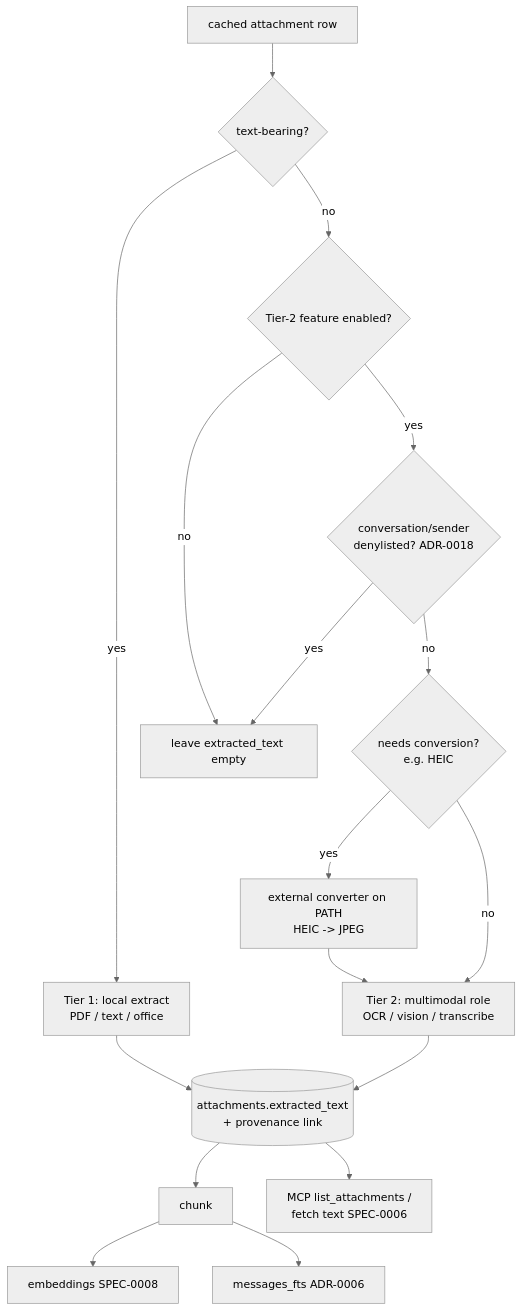
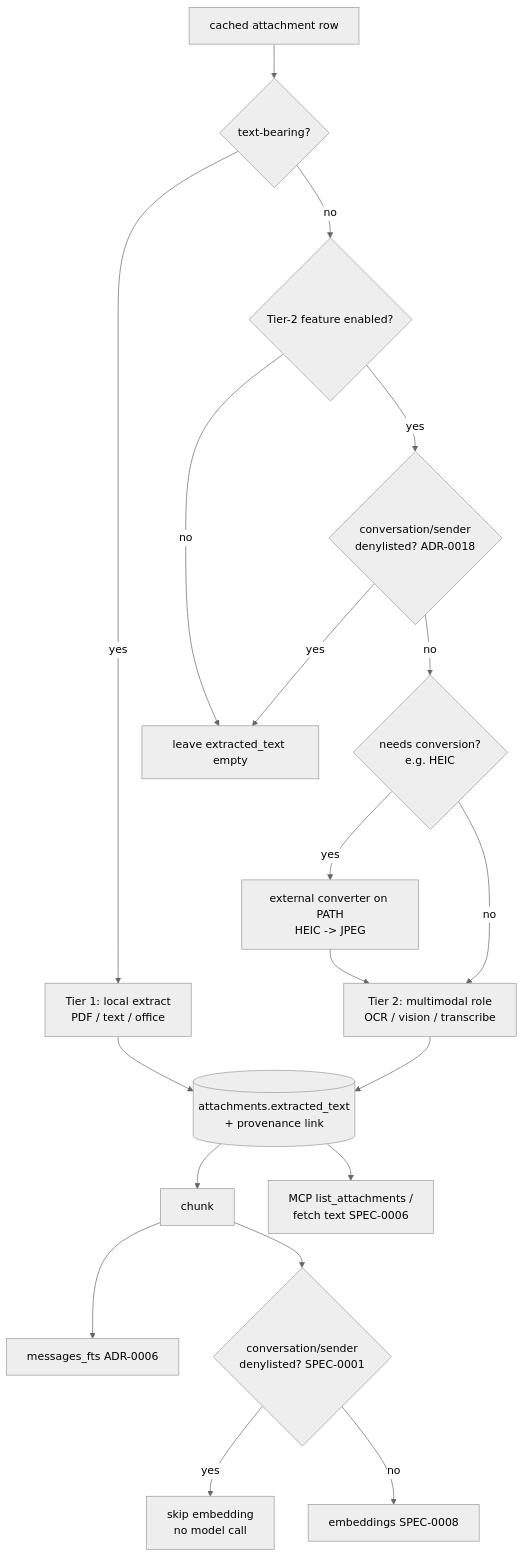
Before and after one commit to joestump/reduit: the diagram in docs/openspec/specs/attachment-extraction/design.md, drawn with Mermaid (neutral theme). The commit also changed other lines of this file and 24 other files, not shown here.

````diff
--- a/docs/openspec/specs/attachment-extraction/design.md
+++ b/docs/openspec/specs/attachment-extraction/design.md
@@ -26,18 +30,21 @@
 ```mermaid
 flowchart TD
     A[cached attachment row] --> B{text-bearing?}
     B -- yes --> T1[Tier 1: local extract<br/>PDF / text / office]
     B -- no --> C{Tier-2 feature enabled?}
     C -- no --> SKIP[leave extracted_text empty]
     C -- yes --> D{conversation/sender<br/>denylisted? ADR-0018}
     D -- yes --> SKIP
     D -- no --> CONV{needs conversion?<br/>e.g. HEIC}
     CONV -- yes --> X[external converter on PATH<br/>HEIC -> JPEG]
     CONV -- no --> T2
     X --> T2[Tier 2: multimodal role<br/>OCR / vision / transcribe]
     T1 --> CACHE[(attachments.extracted_text<br/>+ provenance link)]
     T2 --> CACHE
-    CACHE --> CHUNK[chunk] --> EMB[embeddings SPEC-0008]
+    CACHE --> CHUNK[chunk]
     CHUNK --> FTS[messages_fts ADR-0006]
+    CHUNK --> DL{conversation/sender<br/>denylisted? SPEC-0001}
+    DL -- yes --> NOEMB[skip embedding<br/>no model call]
+    DL -- no --> EMB[embeddings SPEC-0008]
     CACHE --> MCP[MCP list_attachments /<br/>fetch text SPEC-0006]
 ```
````
